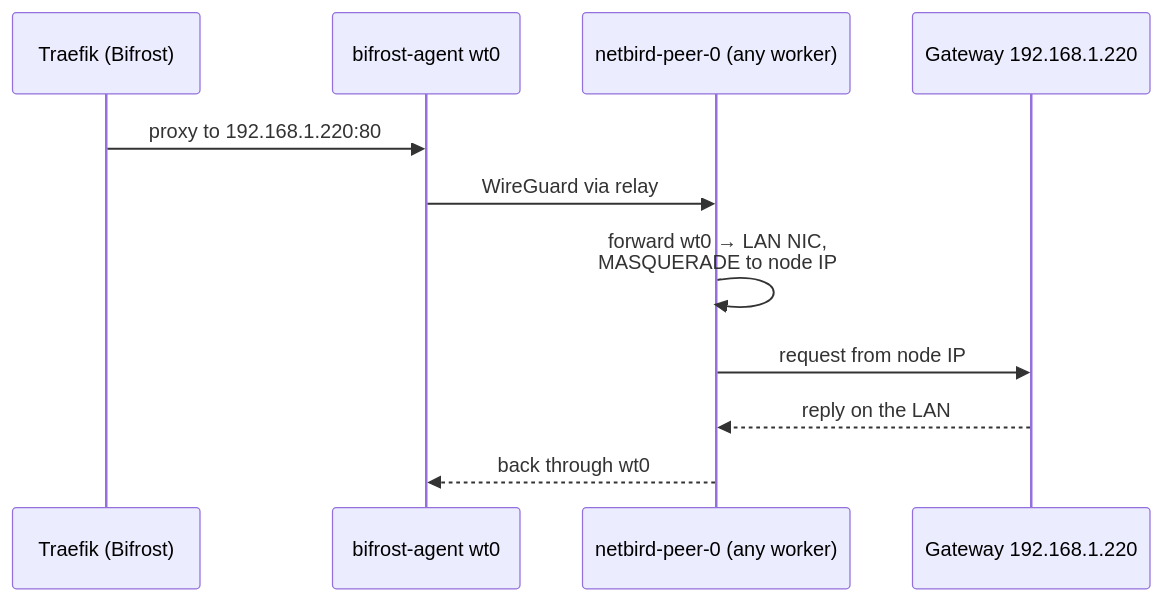
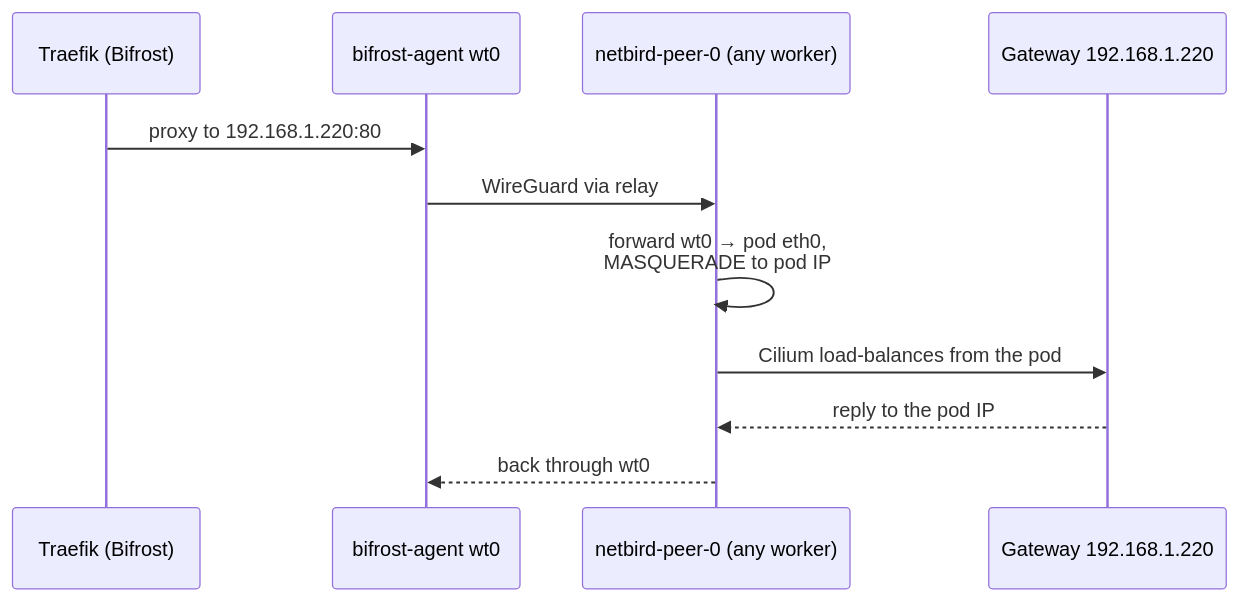
The diagram in docs/src/content/docs/workloads/networking/netbird-peer.md (madhank93/homelab), drawn with Mermaid before and after one commit. The commit also changed other lines of this file and 6 other files, not shown here.

````diff
--- a/docs/src/content/docs/workloads/networking/netbird-peer.md
+++ b/docs/src/content/docs/workloads/networking/netbird-peer.md
@@ -20,13 +20,13 @@
 ```mermaid
 sequenceDiagram
   participant T as Traefik (Bifrost)
   participant A as bifrost-agent wt0
   participant P as netbird-peer-0 (any worker)
   participant G as Gateway 192.168.1.220
   T->>A: proxy to 192.168.1.220:80
   A->>P: WireGuard via relay
-  P->>P: forward wt0 → LAN NIC,<br/>MASQUERADE to node IP
-  P->>G: request from node IP
-  G-->>P: reply on the LAN
+  P->>P: forward wt0 → pod eth0,<br/>MASQUERADE to pod IP
+  P->>G: Cilium load-balances from the pod
+  G-->>P: reply to the pod IP
   P-->>A: back through wt0
 ```
````
